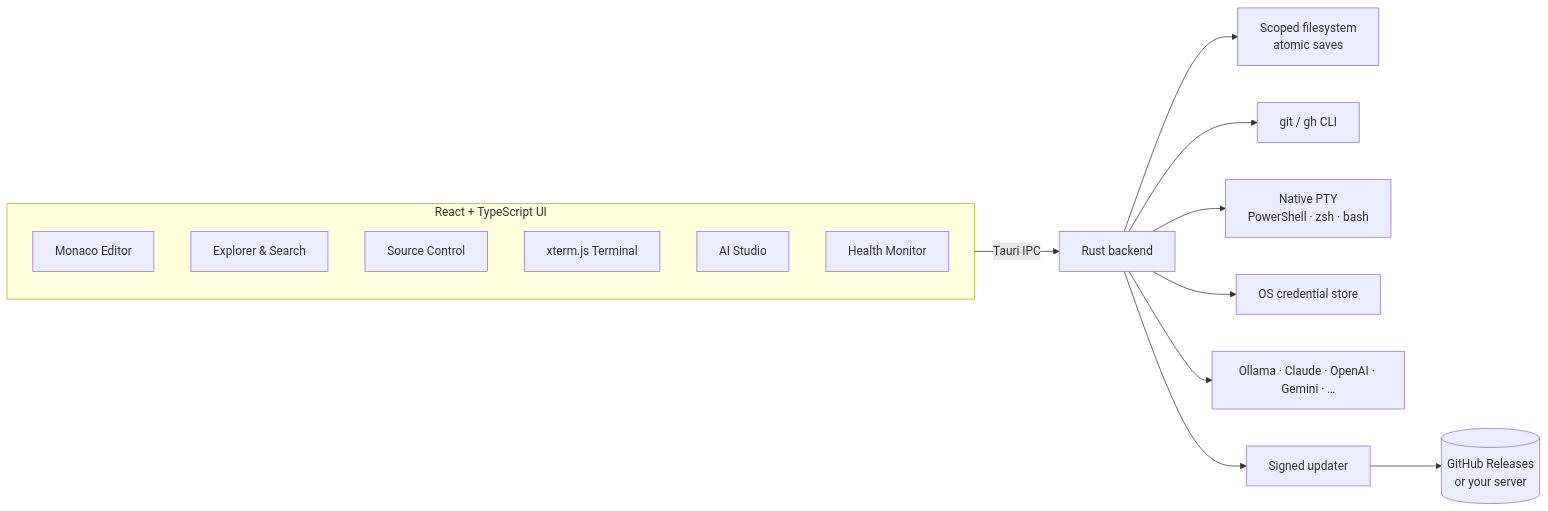
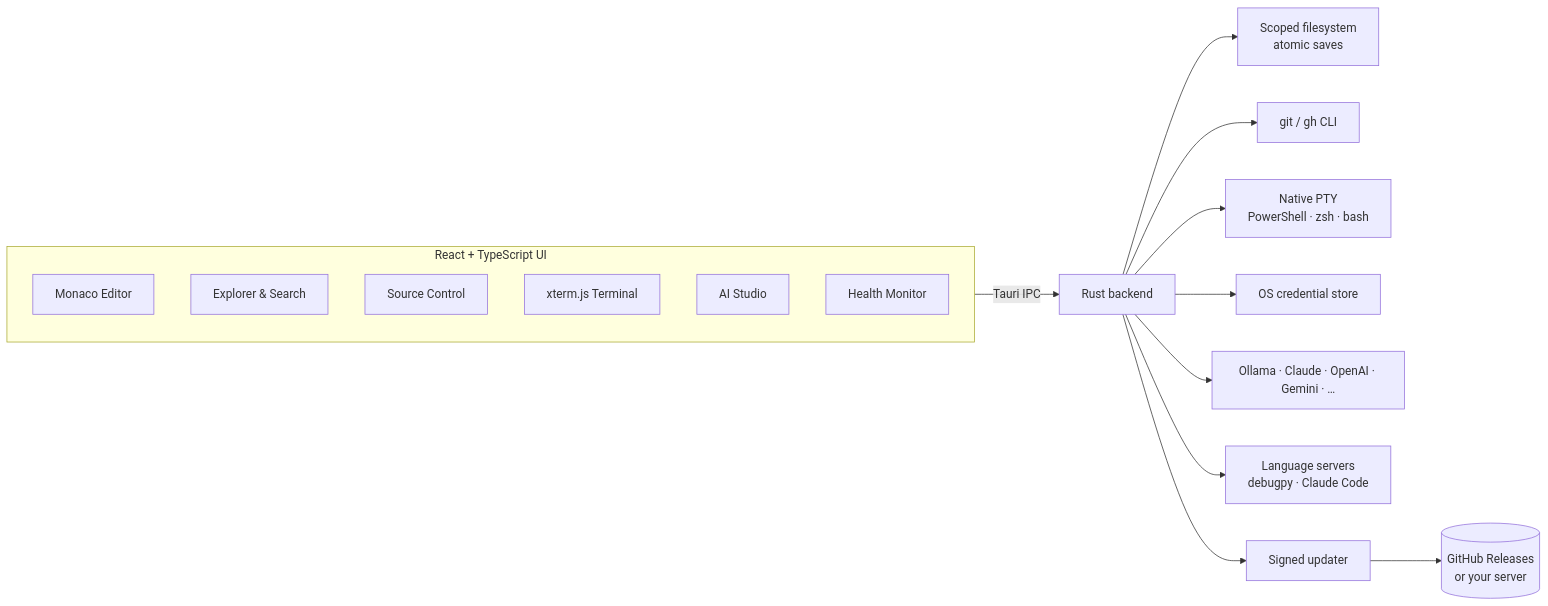
The diagram in README.md (fcopensource/veyraeditor), drawn with Mermaid before and after one commit. The commit also changed other lines of this file and 12 other files, not shown here.

First line of the commit message:
release: 0.7.0 (Python debugger, Pyright, Claude Code)

````diff
--- a/README.md
+++ b/README.md
@@ -171,20 +190,21 @@
 ```mermaid
 flowchart LR
     subgraph UI["React + TypeScript UI"]
       Monaco[Monaco Editor]
       Explorer[Explorer & Search]
       SCM[Source Control]
       Term[xterm.js Terminal]
       AI[AI Studio]
       Health[Health Monitor]
     end
 
     UI -->|Tauri IPC| Rust[Rust backend]
     Rust --> FS[Scoped filesystem<br/>atomic saves]
     Rust --> Git[git / gh CLI]
     Rust --> PTY[Native PTY<br/>PowerShell · zsh · bash]
     Rust --> Keys[OS credential store]
     Rust --> Models[Ollama · Claude · OpenAI · Gemini · …]
+    Rust --> Tools[Language servers<br/>debugpy · Claude Code]
     Rust --> Updater[Signed updater]
     Updater --> Releases[(GitHub Releases<br/>or your server)]
 ```
````
